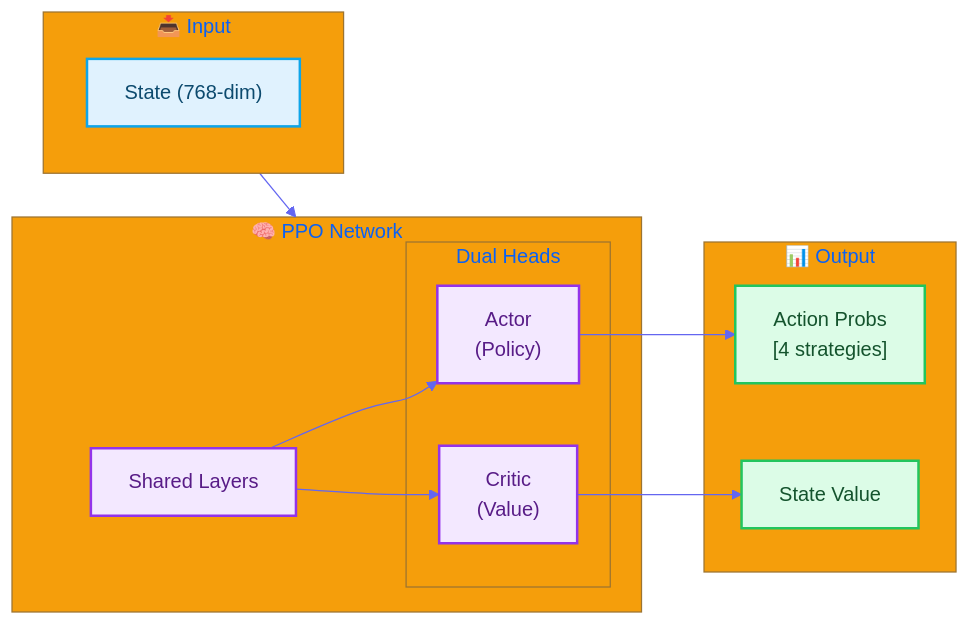
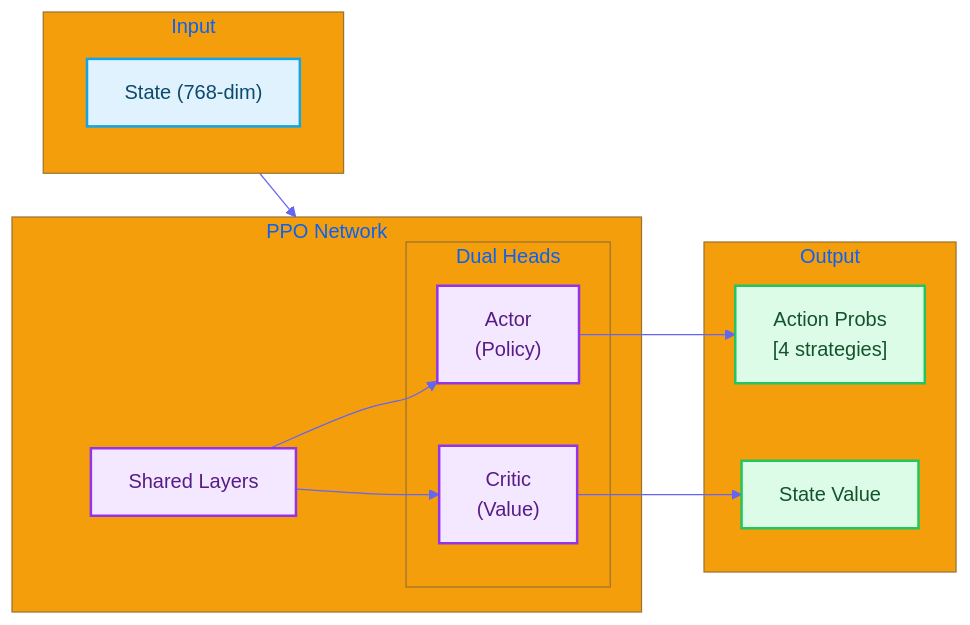
The diagram in docs/modules/RL.md (AluminumShark/Social-Debate-AI), drawn with Mermaid before and after one commit. The commit also changed other lines of this file and 32 other files, not shown here.

````diff
--- a/docs/modules/RL.md
+++ b/docs/modules/RL.md
@@ -13,30 +13,30 @@
 ```mermaid
 %%{init: {'theme': 'base', 'themeVariables': { 'primaryColor': '#4f46e5', 'primaryTextColor': '#fff', 'primaryBorderColor': '#4338ca', 'lineColor': '#6366f1', 'secondaryColor': '#10b981', 'tertiaryColor': '#f59e0b'}}}%%
 flowchart LR
     %% Styles
     classDef input fill:#e0f2fe,stroke:#0ea5e9,stroke-width:2px,color:#0c4a6e;
     classDef network fill:#f3e8ff,stroke:#9333ea,stroke-width:2px,color:#581c87;
     classDef output fill:#dcfce7,stroke:#22c55e,stroke-width:2px,color:#14532d;
 
-    subgraph Input["📥 Input"]
+    subgraph Input[" Input"]
         S["State (768-dim)"]:::input
     end
 
-    subgraph Network["🧠 PPO Network"]
+    subgraph Network[" PPO Network"]
         SH["Shared Layers"]:::network
         subgraph Heads["Dual Heads"]
             A["Actor<br/>(Policy)"]:::network
             C["Critic<br/>(Value)"]:::network
         end
         SH --> A & C
     end
 
-    subgraph Output["📊 Output"]
+    subgraph Output[" Output"]
         P["Action Probs<br/>[4 strategies]"]:::output
         V["State Value"]:::output
     end
 
     Input --> Network
     A --> P
     C --> V
 ```
````
